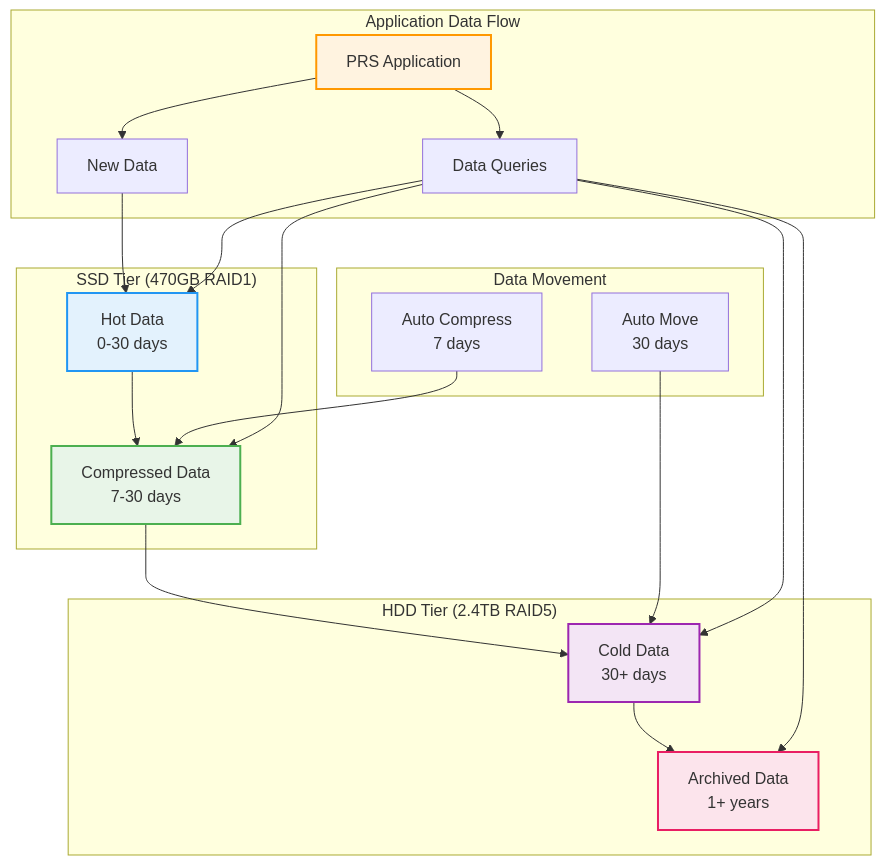
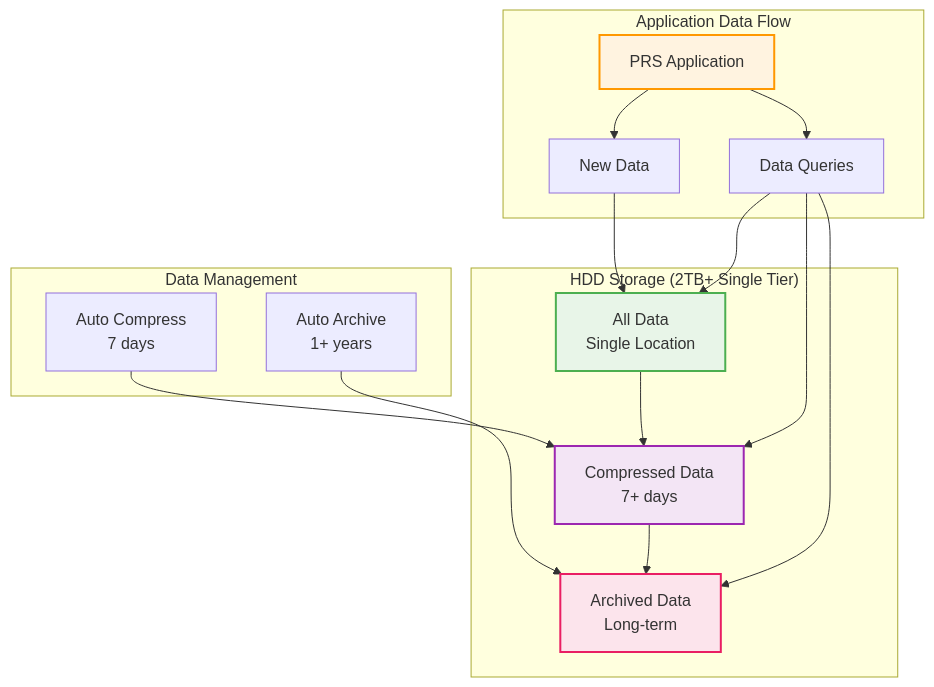
Before and after one commit to rcdelacruz/prs-prod-workplan: the first of 2 diagrams in docs/docs/hardware/storage.md, drawn with Mermaid. The commit also changed other lines of this file and 78 other files, not shown here.

First line of the commit message:
Add TimescaleDB management scripts for compression setup, health monitoring, and storage validation

````diff
--- a/docs/docs/hardware/storage.md
+++ b/docs/docs/hardware/storage.md
@@ -11,33 +11,27 @@
 ```mermaid
 graph TB
     subgraph "Application Data Flow"
         APP[PRS Application] --> WRITE[New Data]
         APP --> READ[Data Queries]
     end
 
-    subgraph "SSD Tier (470GB RAID1)"
-        WRITE --> SSD_HOT[Hot Data<br/>0-30 days]
-        SSD_HOT --> SSD_COMP[Compressed Data<br/>7-30 days]
+    subgraph "HDD Storage (2TB+ Single Tier)"
+        WRITE --> HDD_ALL[All Data<br/>Single Location]
+        HDD_ALL --> HDD_COMP[Compressed Data<br/>7+ days]
+        HDD_COMP --> HDD_ARCH[Archived Data<br/>Long-term]
     end
 
-    subgraph "HDD Tier (2.4TB RAID5)"
-        SSD_COMP --> HDD_COLD[Cold Data<br/>30+ days]
-        HDD_COLD --> HDD_ARCH[Archived Data<br/>1+ years]
+    subgraph "Data Management"
+        AUTO1[Auto Compress<br/>7 days] --> HDD_COMP
+        AUTO2[Auto Archive<br/>1+ years] --> HDD_ARCH
     end
 
-    subgraph "Data Movement"
-        AUTO1[Auto Compress<br/>7 days] --> SSD_COMP
-        AUTO2[Auto Move<br/>30 days] --> HDD_COLD
-    end
-
-    READ --> SSD_HOT
-    READ --> SSD_COMP
-    READ --> HDD_COLD
+    READ --> HDD_ALL
+    READ --> HDD_COMP
     READ --> HDD_ARCH
 
-    style SSD_HOT fill:#e3f2fd,stroke:#2196f3,stroke-width:2px
-    style SSD_COMP fill:#e8f5e8,stroke:#4caf50,stroke-width:2px
-    style HDD_COLD fill:#f3e5f5,stroke:#9c27b0,stroke-width:2px
+    style HDD_ALL fill:#e8f5e8,stroke:#4caf50,stroke-width:2px
+    style HDD_COMP fill:#f3e5f5,stroke:#9c27b0,stroke-width:2px
     style HDD_ARCH fill:#fce4ec,stroke:#e91e63,stroke-width:2px
     style APP fill:#fff3e0,stroke:#ff9800,stroke-width:2px
 ```
````
